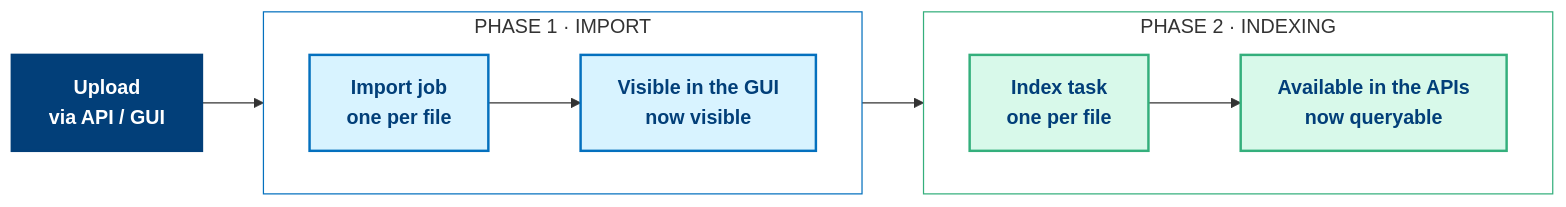
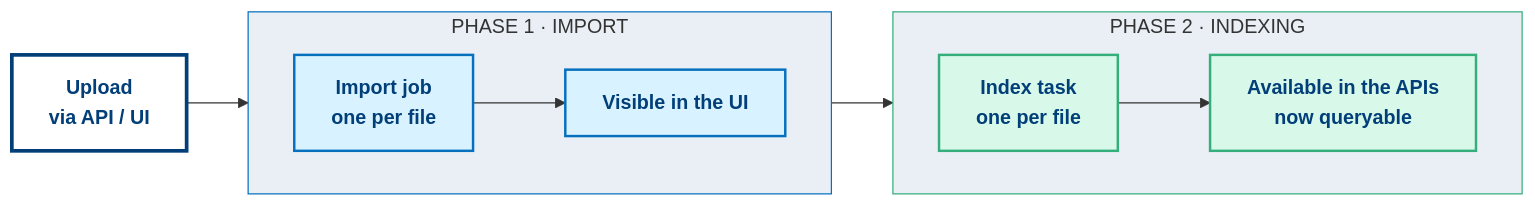
One commit to genestack/user-docs changed the first of 2 diagrams in docs-rework/overview/data-model/data-upload-and-indexing-pipeline.md. Above: the diagram before and after it, drawn with Mermaid. The commit also changed other lines of this file and 157 other files, not shown here.

````diff
--- a/docs-rework/overview/data-model/data-upload-and-indexing-pipeline.md
+++ b/docs-rework/overview/data-model/data-upload-and-indexing-pipeline.md
@@ -32,29 +42,29 @@
 ```mermaid
 flowchart LR
-    Upload["Upload<br/>via API / GUI"]
+    Upload["Upload<br/>via API / UI"]
     subgraph P1["PHASE 1 · IMPORT"]
         direction LR
         Job["Import job<br/>one per file"]
-        GUI["Visible in the GUI<br/>now visible"]
-        Job --> GUI
+        UI["Visible in the UI"]
+        Job --> UI
     end
     subgraph P2["PHASE 2 · INDEXING"]
         direction LR
         Task["Index task<br/>one per file"]
         APIs["Available in the APIs<br/>now queryable"]
         Task --> APIs
     end
     Upload --> Job
-    GUI --> Task
+    UI --> Task
 
-    classDef start  fill:#023F79,color:#ffffff,stroke:#023F79,stroke-width:2px,font-weight:bold
+    classDef start  fill:#ffffff,color:#023F79,stroke:#023F79,stroke-width:3px,font-weight:bold
     classDef import fill:#D8F3FF,color:#023F79,stroke:#0470BE,stroke-width:2px,font-weight:bold
     classDef index  fill:#D8F9EA,color:#023F79,stroke:#34AF7C,stroke-width:2px,font-weight:bold
 
     class Upload start
-    class Job,GUI import
+    class Job,UI import
     class Task,APIs index
 
-    style P1 fill:#ffffff,stroke:#0470BE,stroke-width:1px
-    style P2 fill:#ffffff,stroke:#34AF7C,stroke-width:1px
+    style P1 fill:#eaeff5,stroke:#0470BE,stroke-width:1px
+    style P2 fill:#eaeff5,stroke:#34AF7C,stroke-width:1px
 ```
````
